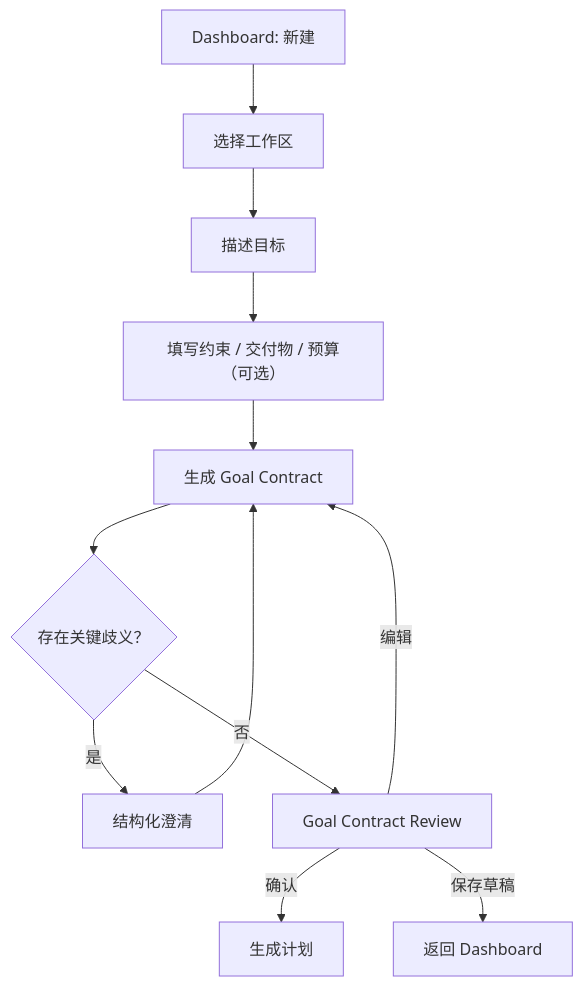
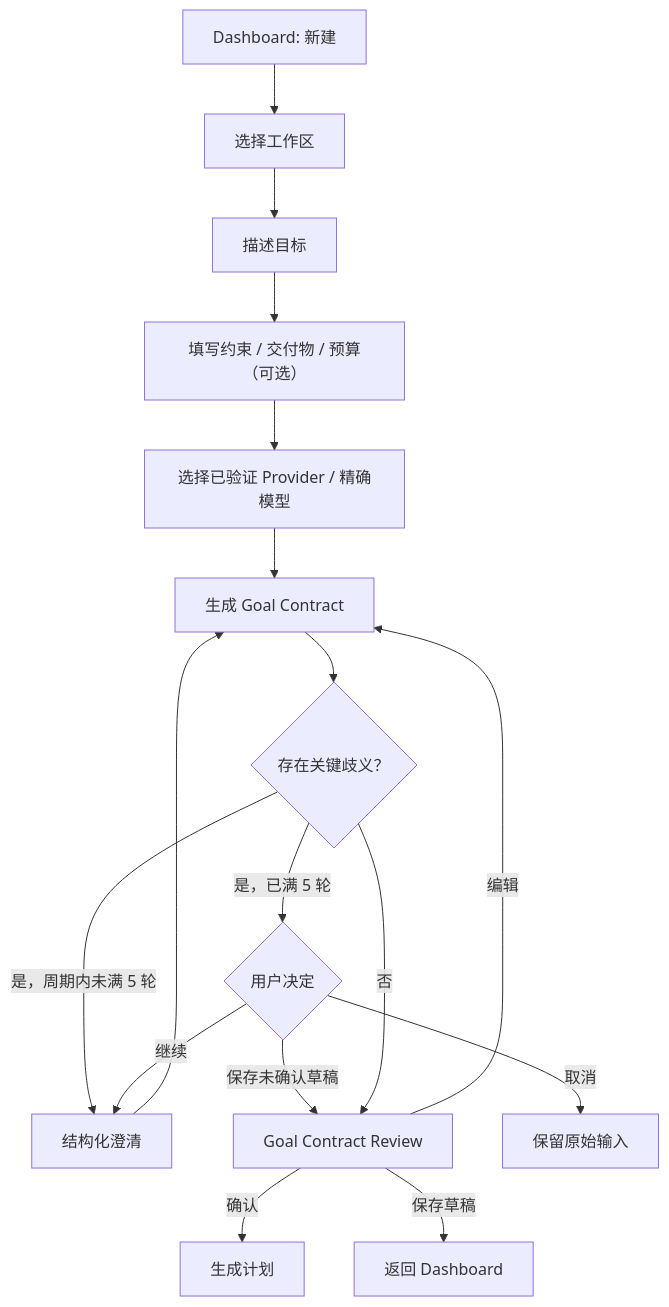
The second of 8 diagrams in docs/07-ui/Core-User-Flows.md (banyueban/ai-corporation), drawn with Mermaid before and after one commit. The commit also changed other lines of this file and 12 other files, not shown here.

Commit message:
docs: define bounded Goal Engine flow

````diff
--- a/docs/07-ui/Core-User-Flows.md
+++ b/docs/07-ui/Core-User-Flows.md
@@ -46,14 +46,19 @@
 ```mermaid
 flowchart TD
     A["Dashboard: 新建"] --> B["选择工作区"]
     B --> C["描述目标"]
     C --> D["填写约束 / 交付物 / 预算（可选）"]
-    D --> E["生成 Goal Contract"]
-    E --> F{"存在关键歧义？"}
-    F -->|是| G["结构化澄清"]
-    G --> E
-    F -->|否| H["Goal Contract Review"]
-    H -->|编辑| E
-    H -->|确认| I["生成计划"]
-    H -->|保存草稿| J["返回 Dashboard"]
+    D --> E["选择已验证 Provider / 精确模型"]
+    E --> F["生成 Goal Contract"]
+    F --> G{"存在关键歧义？"}
+    G -->|是，周期内未满 5 轮| H["结构化澄清"]
+    H --> F
+    G -->|是，已满 5 轮| I{"用户决定"}
+    I -->|继续| H
+    I -->|保存未确认草稿| J["Goal Contract Review"]
+    I -->|取消| K["保留原始输入"]
+    G -->|否| J
+    J -->|编辑| F
+    J -->|确认| L["生成计划"]
+    J -->|保存草稿| M["返回 Dashboard"]
 ```
````
